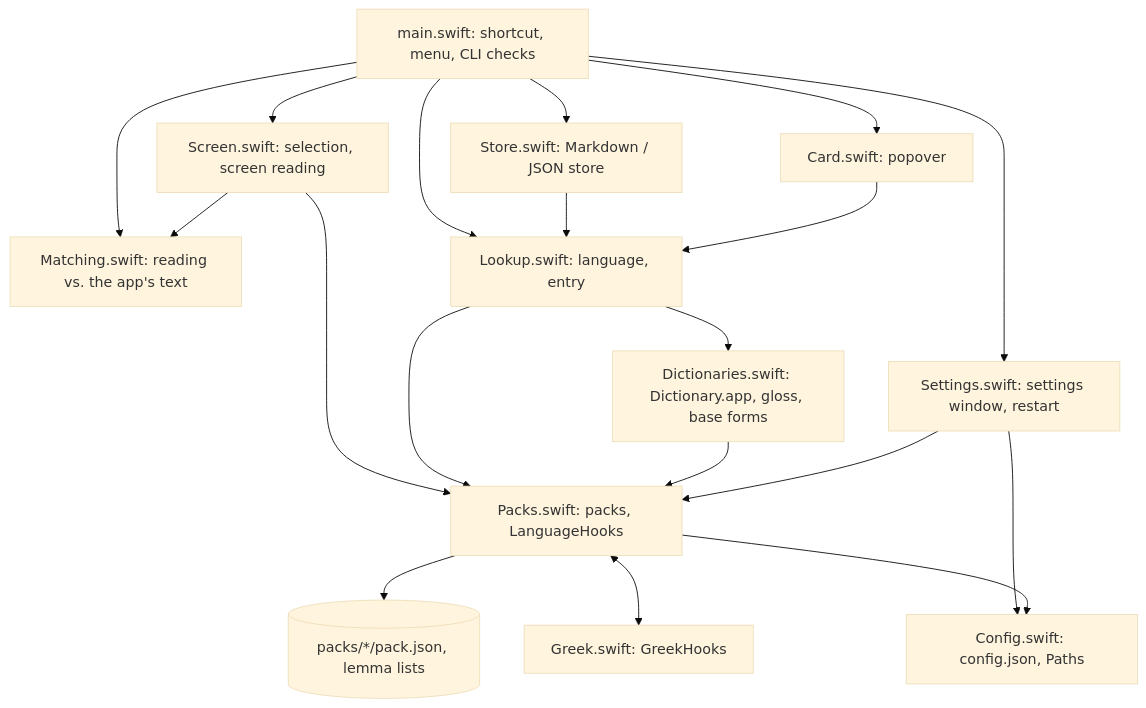
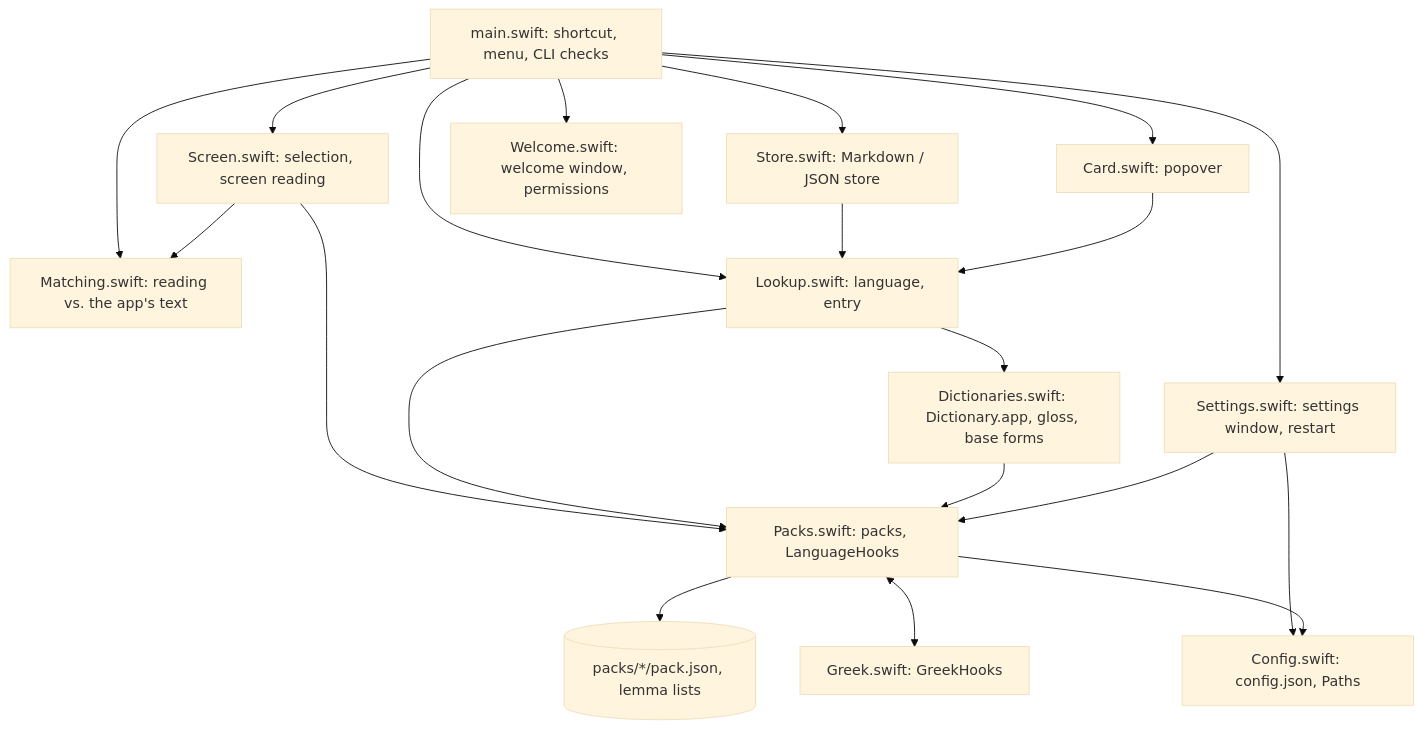
Before and after one commit to gregth/lookup-word: the first of 5 diagrams in docs/DESIGN.md, drawn with Mermaid (base theme). The commit also changed other lines of this file and 2 other files, not shown here.

First line of the commit message:
Docs match the code: welcome window, restart, install order, update

````diff
--- a/docs/DESIGN.md
+++ b/docs/DESIGN.md
@@ -10,34 +10,36 @@
 ```mermaid
 flowchart TD
   M["main.swift: shortcut, menu, CLI checks"]
   SC["Screen.swift: selection, screen reading"]
   MA["Matching.swift: reading vs. the app's text"]
   LU["Lookup.swift: language, entry"]
   DI["Dictionaries.swift: Dictionary.app, gloss, base forms"]
   PK["Packs.swift: packs, LanguageHooks"]
   PJ[("packs/*/pack.json, lemma lists")]
   GR["Greek.swift: GreekHooks"]
   ST["Store.swift: Markdown / JSON store"]
   CA["Card.swift: popover"]
   SE["Settings.swift: settings window, restart"]
+  WE["Welcome.swift: welcome window, permissions"]
   CF["Config.swift: config.json, Paths"]
 
   M --> SC
   M --> MA
   M --> LU
   M --> CA
   M --> ST
   M --> SE
+  M --> WE
   SC --> MA
   SC --> PK
   LU --> DI
   LU --> PK
   DI --> PK
   PK --> PJ
   PK <--> GR
   ST --> LU
   CA --> LU
   SE --> CF
   SE --> PK
   PK --> CF
 ```
````
